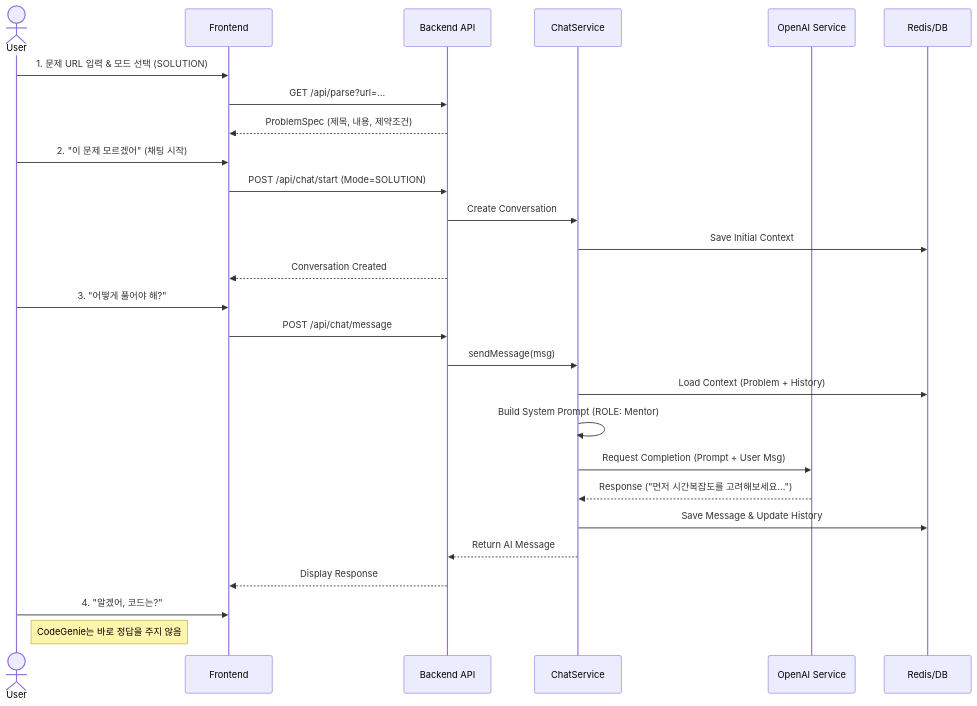
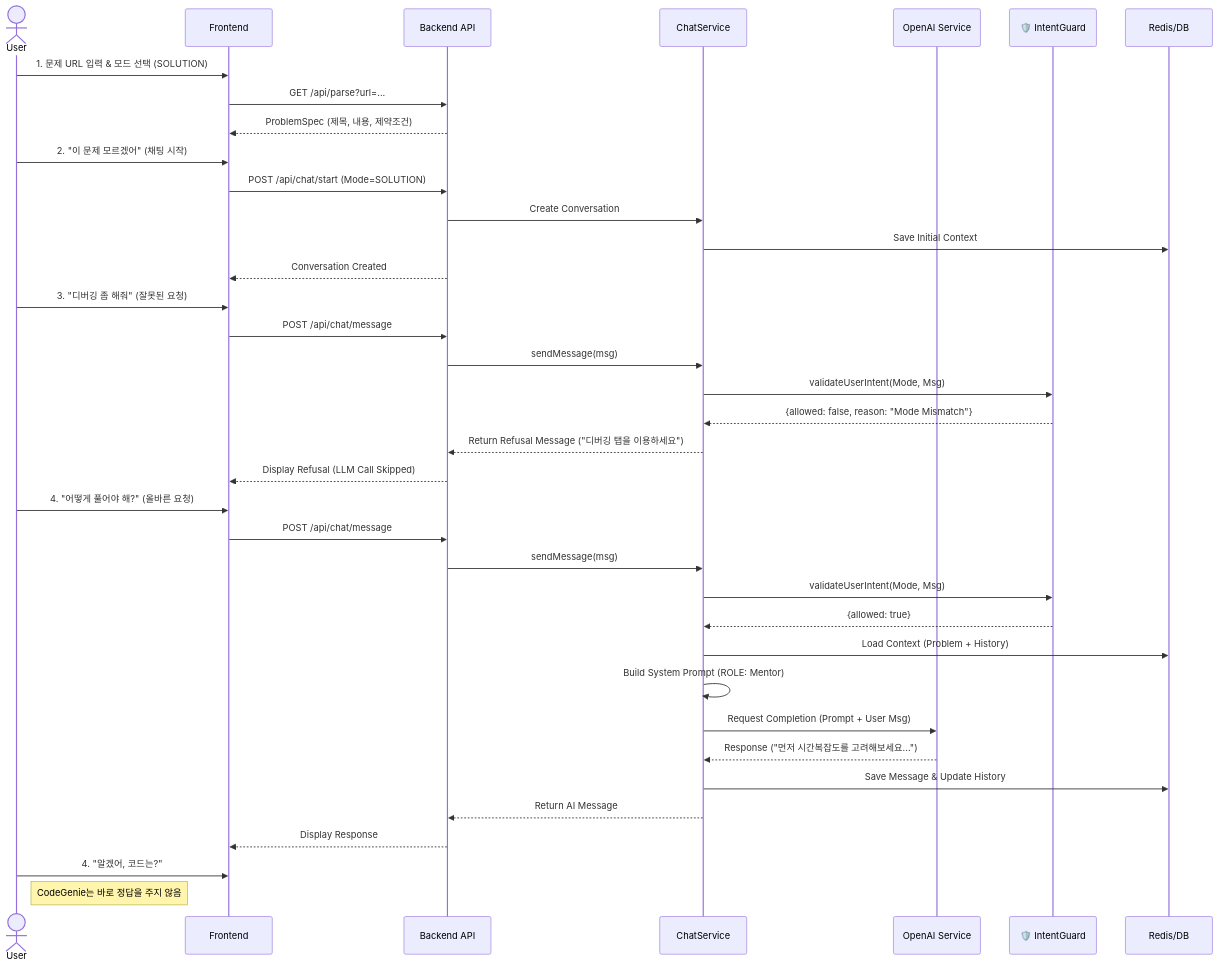
One commit to HurDong/CodeGenie changed the third of 3 diagrams in docs/ARCHITECTURE.md. Above: the diagram before and after it, drawn with Mermaid.

Commit message:
📝 docs: Update sequence diagram with Guardrail flow
변경된 아키텍처를 반영하여 시퀀스 다이어그램을 업데이트했습니다.
- ChatService와 GuardrailService 간의 상호작용 흐름 추가 (validateUserIntent)
- 의도 파악 실패 시 거부 메시지 반환 흐름 명시

````diff
--- a/docs/ARCHITECTURE.md
+++ b/docs/ARCHITECTURE.md
@@ -136,35 +136,48 @@
 ```mermaid
 sequenceDiagram
     actor User
     participant FE as Frontend
     participant API as Backend API
     participant Chat as ChatService
     participant LLM as OpenAI Service
+    participant Guard as 🛡️ IntentGuard
     participant Redis as Redis/DB
 
     User->>FE: 1. 문제 URL 입력 & 모드 선택 (SOLUTION)
     FE->>API: GET /api/parse?url=...
     API-->>FE: ProblemSpec (제목, 내용, 제약조건)
     
     User->>FE: 2. "이 문제 모르겠어" (채팅 시작)
     FE->>API: POST /api/chat/start (Mode=SOLUTION)
     API->>Chat: Create Conversation
     Chat->>Redis: Save Initial Context
     API-->>FE: Conversation Created
     
-    User->>FE: 3. "어떻게 풀어야 해?"
+    User->>FE: 3. "디버깅 좀 해줘" (잘못된 요청)
     FE->>API: POST /api/chat/message
     API->>Chat: sendMessage(msg)
+    
+    Chat->>Guard: validateUserIntent(Mode, Msg)
+    Guard-->>Chat: {allowed: false, reason: "Mode Mismatch"}
+    Chat-->>API: Return Refusal Message ("디버깅 탭을 이용하세요")
+    API-->>FE: Display Refusal (LLM Call Skipped)
+
+    User->>FE: 4. "어떻게 풀어야 해?" (올바른 요청)
+    FE->>API: POST /api/chat/message
+    API->>Chat: sendMessage(msg)
+    Chat->>Guard: validateUserIntent(Mode, Msg)
+    Guard-->>Chat: {allowed: true}
     
     Chat->>Redis: Load Context (Problem + History)
     Chat->>Chat: Build System Prompt (ROLE: Mentor)
     Chat->>LLM: Request Completion (Prompt + User Msg)
     LLM-->>Chat: Response ("먼저 시간복잡도를 고려해보세요...")
     
     Chat->>Redis: Save Message & Update History
     Chat-->>API: Return AI Message
     API-->>FE: Display Response
+
     
     User->>FE: 4. "알겠어, 코드는?"
     note right of User: CodeGenie는 바로 정답을 주지 않음
 ```
````
